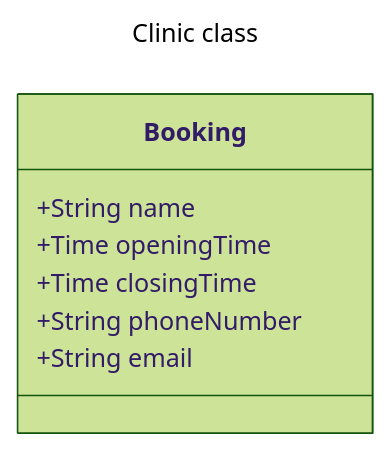
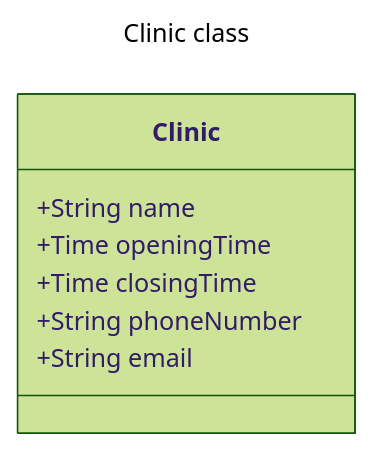
The third of 6 diagrams in docs/Entities.md (dkittle/Jane-clinic-exercise), drawn with Mermaid (forest theme) before and after one commit. The commit also changed other lines of this file, not shown here.

Commit message:
Copy/pasta error on class diagrams

````diff
--- a/docs/Entities.md
+++ b/docs/Entities.md
@@ -37,13 +37,13 @@
 ```mermaid
 ---
 title: Clinic class
 ---
 classDiagram
-    class Booking{
+    class Clinic{
         +String name
         +Time openingTime
         +Time closingTime
         +String phoneNumber
         +String email
     }
 ```
````
